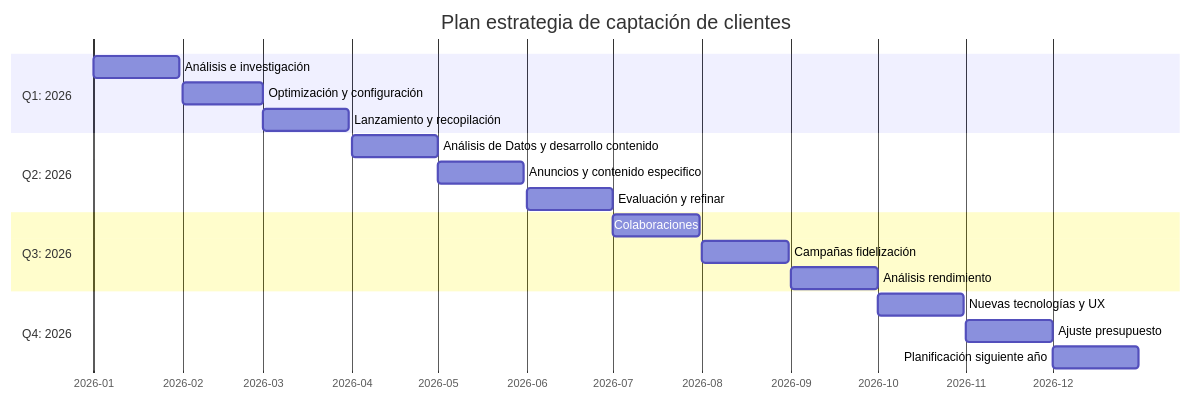
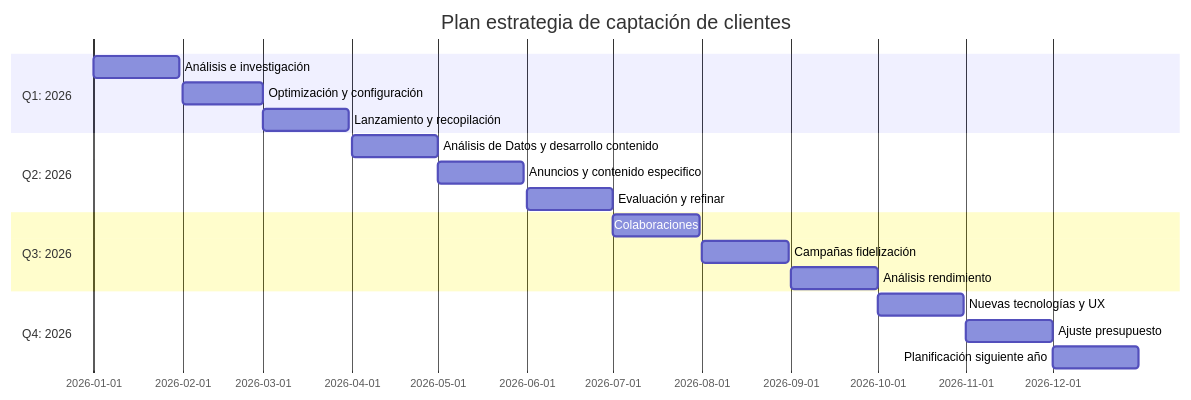
Before and after one commit to EOBS-MIDE/EcoSmart: the diagram in docs/estrategiaCaptacionFidelizacion/estrategiaCaptacion.md, drawn with Mermaid.

````diff
--- a/docs/estrategiaCaptacionFidelizacion/estrategiaCaptacion.md
+++ b/docs/estrategiaCaptacionFidelizacion/estrategiaCaptacion.md
@@ -10,23 +10,26 @@
 ```mermaid
+---
+config:
+  theme: default
+---
 gantt
     title Plan estrategia de captación de clientes
     dateFormat  YYYY-MM-DD
-    axisFormat %Y-%m
 
     section Q1: 2026
         Análisis e investigación : a1, 2026-01-01, 30d
         Optimización y configuración : a2, 2026-02-01, 28d
         Lanzamiento y recopilación : a3, 2026-03-01, 30d
     section Q2: 2026 
         Análisis de Datos y desarrollo contenido : a4, 2026-04-01, 30d
         Anuncios y contenido especifico : a5, 2026-05-01, 30d
         Evaluación y refinar : a6, 2026-06-01, 30d
     section Q3: 2026 
         Colaboraciones : a7, 2026-07-01, 30d
         Campañas fidelización : a8, 2026-08-01, 30d
         Análisis rendimiento : a9, 2026-09-01, 30d
     section Q4: 2026 
         Nuevas tecnologías y UX : a10, 2026-10-01, 30d
         Ajuste presupuesto : a11, 2026-11-01, 30d
         Planificación siguiente año : a12, 2026-12-01, 30d
 ```
````
